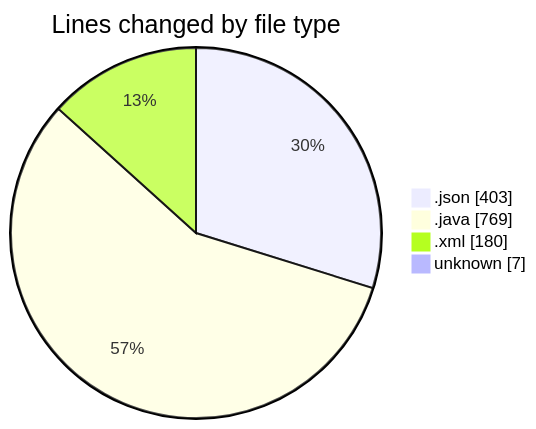
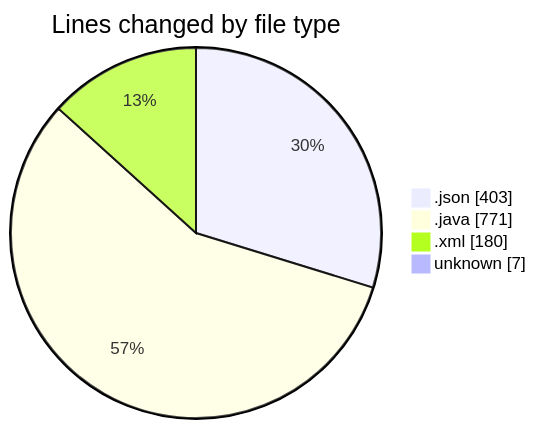
The first of 2 diagrams in 2025-02-23/codepack/README.md (charlie-sans/code-tracking), drawn with Mermaid before and after one commit. The commit also changed other lines of this file and 1 other file, not shown here.

````diff
--- a/2025-02-23/codepack/README.md
+++ b/2025-02-23/codepack/README.md
@@ -27,8 +27,8 @@
 ```mermaid
 pie showData
 title Lines changed by file type
 ".json" : 403
-".java" : 769
+".java" : 771
 ".xml" : 180
 "unknown" : 7
 ```
````
